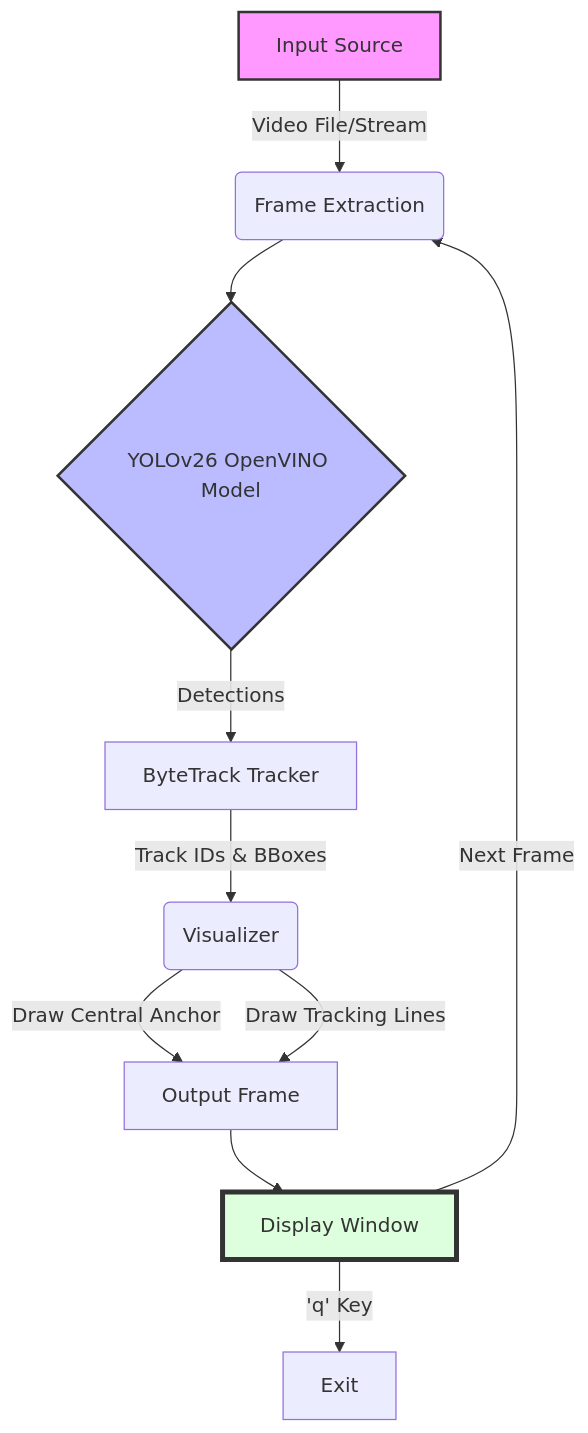
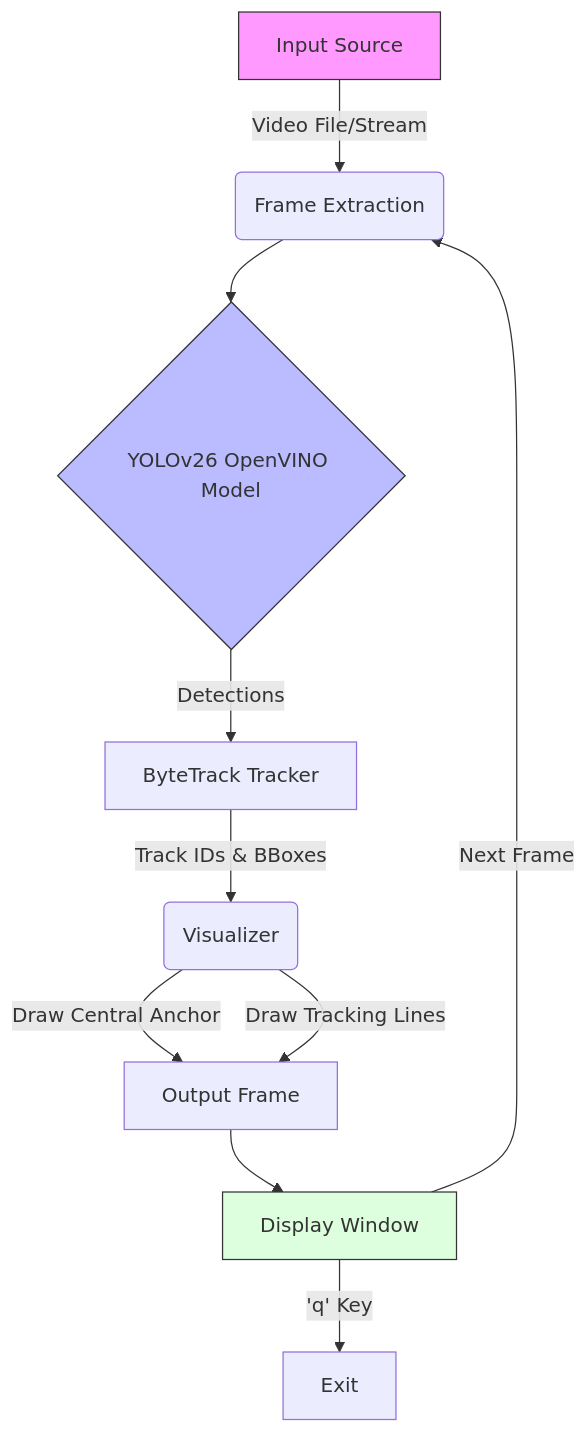
Before and after one commit to RajuKonakalla/Fall_Detection_CV: the diagram in README.md, drawn with Mermaid. The commit also changed other lines of this file, not shown here.

````diff
--- a/README.md
+++ b/README.md
@@ -8,16 +26,16 @@
 ```mermaid
 graph TD
     A[Input Source] -->|Video File/Stream| B(Frame Extraction)
     B --> C{YOLOv26 OpenVINO Model}
     C -->|Detections| D[ByteTrack Tracker]
     D -->|Track IDs & BBoxes| E(Visualizer)
     E -->|Draw Central Anchor| F[Output Frame]
     E -->|Draw Tracking Lines| F
     F --> G[Display Window]
     G -->|'q' Key| H[Exit]
     G -->|Next Frame| B
     
-    style A fill:#f9f,stroke:#333,stroke-width:2px
-    style C fill:#bbf,stroke:#333,stroke-width:2px
-    style G fill:#dfd,stroke:#333,stroke-width:4px
+    style A fill:#f9f,stroke:#333,stroke-width:1px
+    style C fill:#bbf,stroke:#333,stroke-width:1px
+    style G fill:#dfd,stroke:#333,stroke-width:1px
 ```
````
